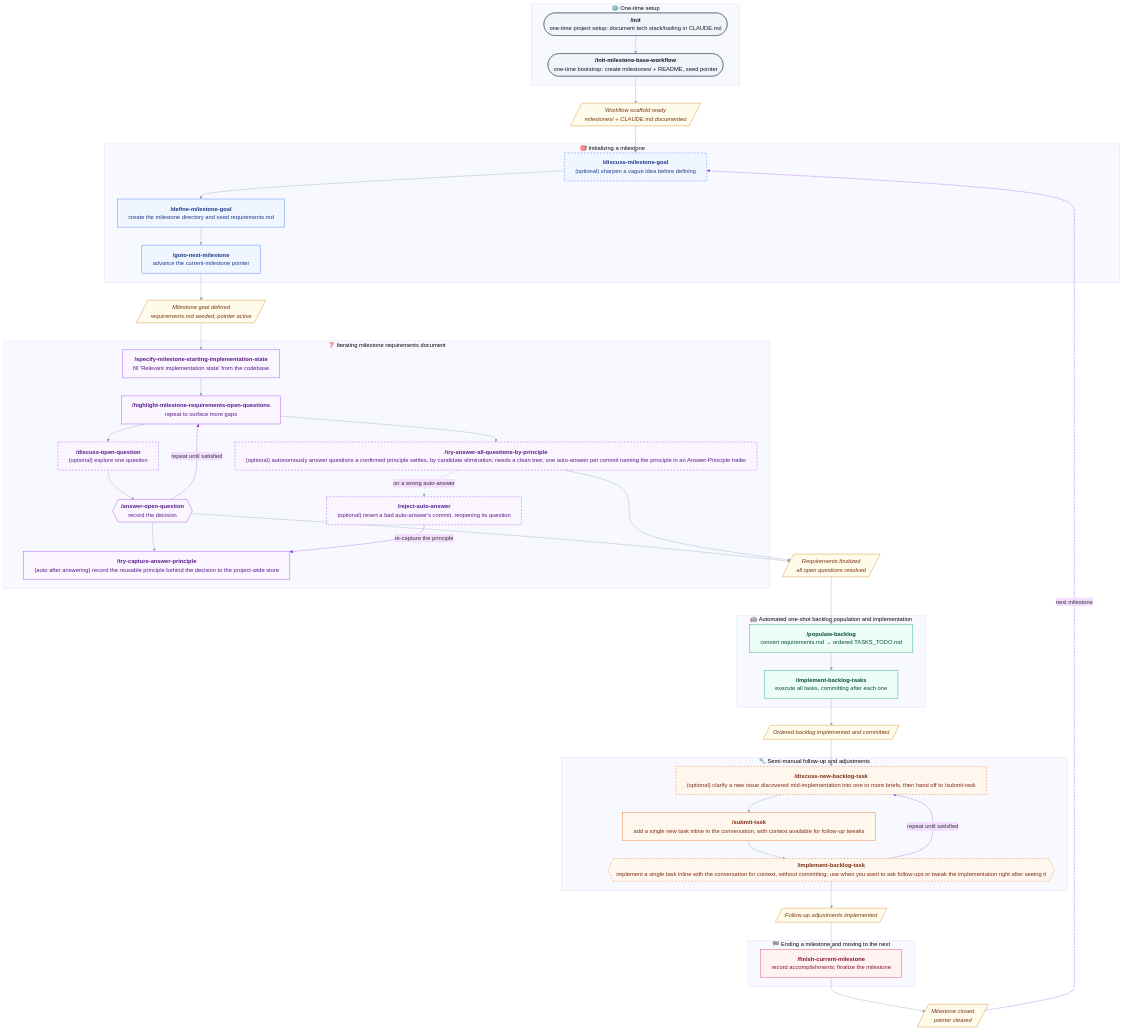
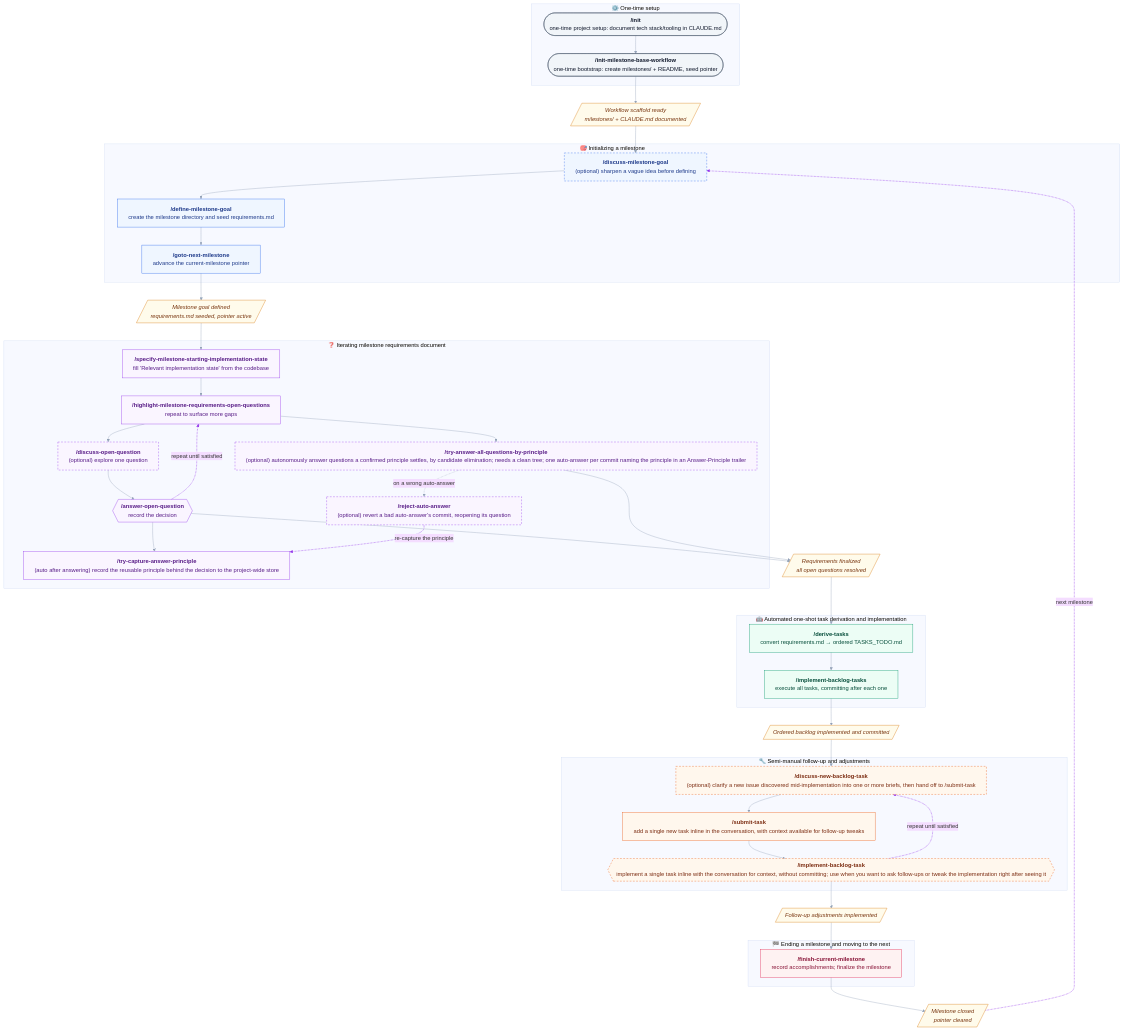
One commit to uHappyLogic/cairn changed the diagram in README.md. Above: the diagram before and after it, drawn with Mermaid. The commit also changed other lines of this file and 9 other files, not shown here.

Commit message:
Rename Populate-Backlog To Derive-Tasks

```diff
--- a/README.md
+++ b/README.md
@@ -83,8 +83,8 @@
 
 D2[/"Requirements finalized<br/>all open questions resolved"/]
 
-subgraph S3["🤖 Automated one-shot backlog population and implementation"]
-    AI1["<b>/populate-backlog</b><br/>convert requirements.md → ordered TASKS_TODO.md"]
+subgraph S3["🤖 Automated one-shot task derivation and implementation"]
+    AI1["<b>/derive-tasks</b><br/>convert requirements.md → ordered TASKS_TODO.md"]
     AI2["<b>/implement-backlog-tasks</b><br/>execute all tasks, committing after each one"]
 end
 
```
